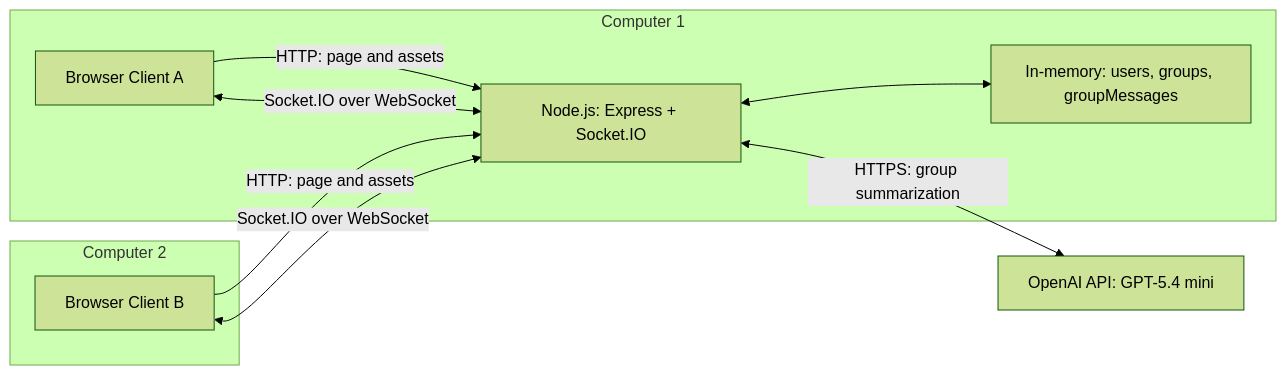
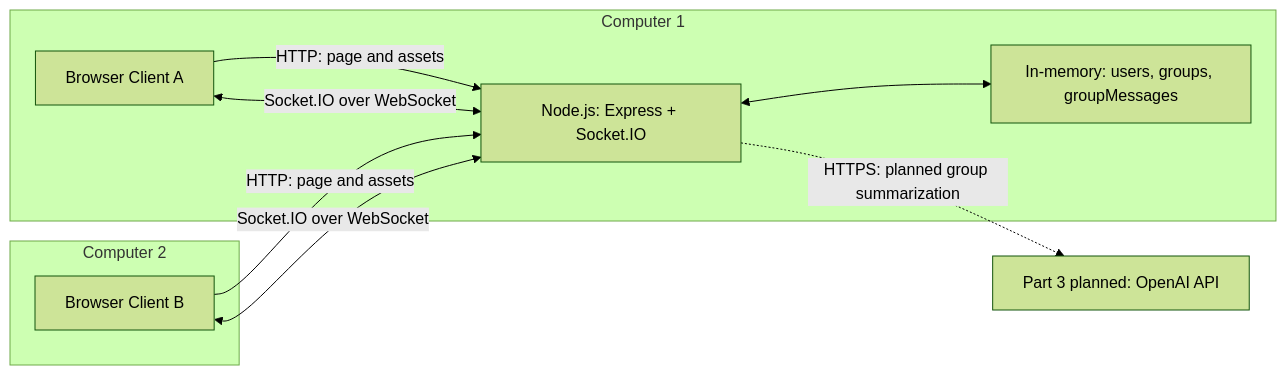
One commit to ALKNXT/2110471-Computer-Network-I-Project changed the diagram in ARCHITECTURE.md. Above: the diagram before and after it, drawn with Mermaid (forest theme). The commit also changed other lines of this file and 1 other file, not shown here.

Commit message:
docs: update architecture and Part 2 testing guide

````diff
--- a/ARCHITECTURE.md
+++ b/ARCHITECTURE.md
@@ -11,18 +11,18 @@
 ```mermaid
 flowchart LR
     subgraph PC1["Computer 1"]
         A["Browser Client A"]
         S["Node.js: Express + Socket.IO"]
         D["In-memory: users, groups, groupMessages"]
     end
     subgraph PC2["Computer 2"]
         B["Browser Client B"]
     end
-    AI["OpenAI API: GPT-5.4 mini"]
+    AI["Part 3 planned: OpenAI API"]
     A -->|"HTTP: page and assets"| S
     B -->|"HTTP: page and assets"| S
     A <-->|"Socket.IO over WebSocket"| S
     B <-->|"Socket.IO over WebSocket"| S
     S <--> D
-    S <-->|"HTTPS: group summarization"| AI
+    S -.->|"HTTPS: planned group summarization"| AI
 ```
````
